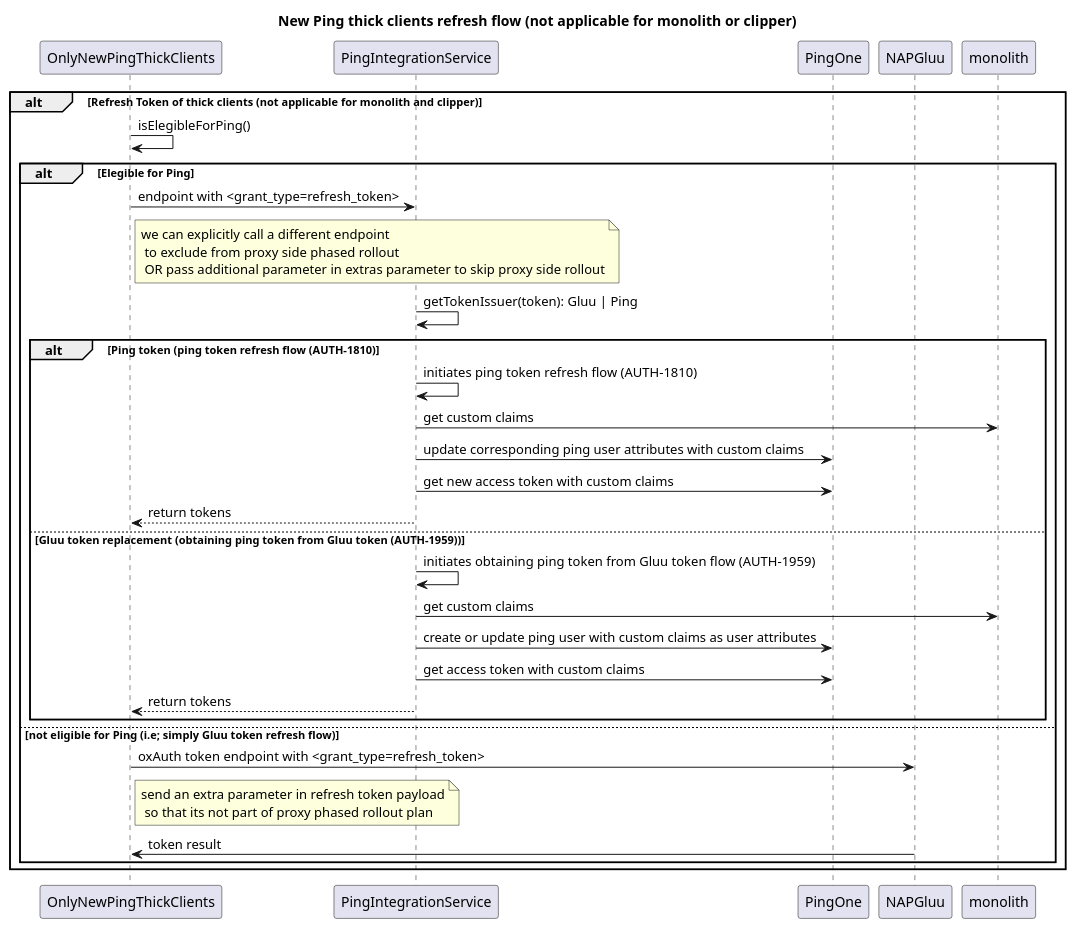
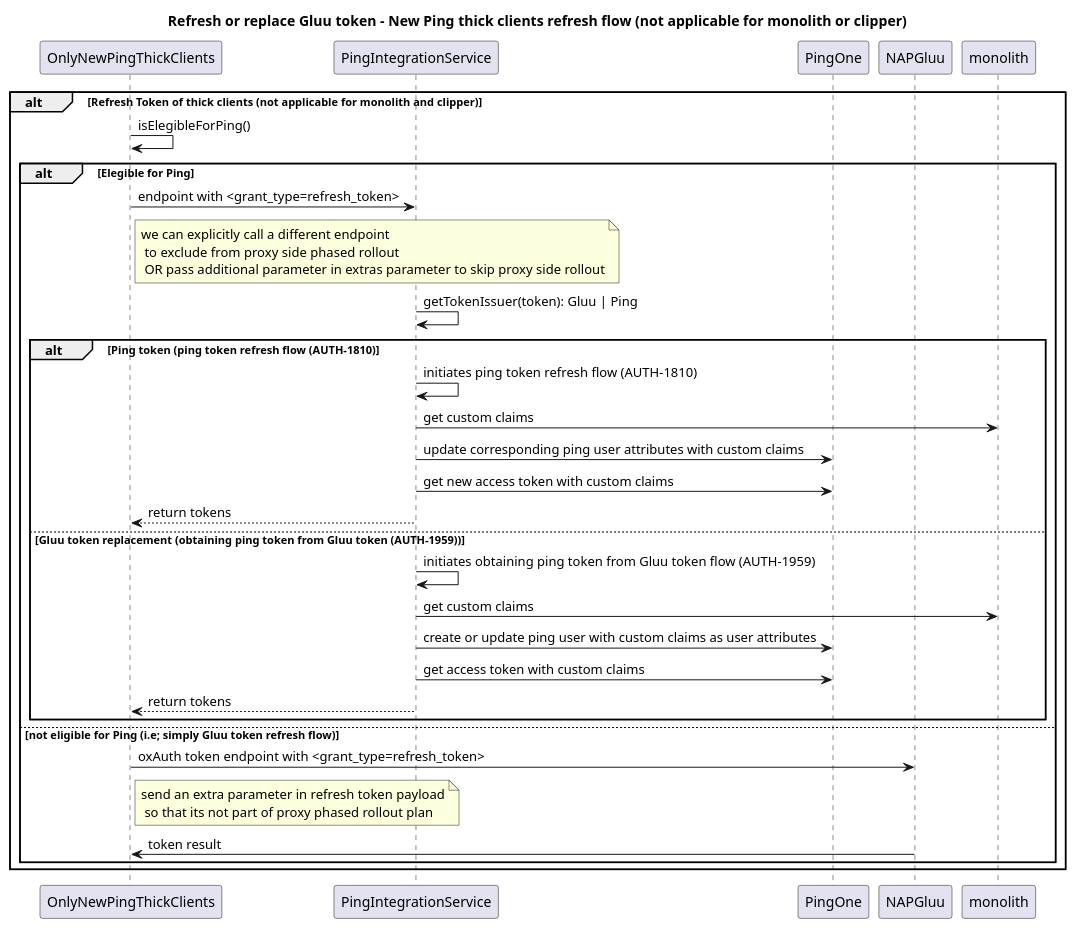
One commit to naganareshp/plant-uml-samples changed the diagram in PingNewThickClients_refreshflow.puml. Above: the diagram before and after it, drawn with PlantUML. The commit also changed 2 other files, not shown here.

```diff
--- a/PingNewThickClients_refreshflow.puml
+++ b/PingNewThickClients_refreshflow.puml
@@ -1,35 +1,35 @@
-@startuml New Ping thick clients refresh flow (not applicable for monolith or clipper)
+@startuml Refresh or replace Gluu token - New Ping thick clients refresh flow (not applicable for monolith or clipper)
 
-title New Ping thick clients refresh flow (not applicable for monolith or clipper)
+title Refresh or replace Gluu token - New Ping thick clients refresh flow (not applicable for monolith or clipper)
 participant OnlyNewPingThickClients as NewPingThickClients
 participant PingIntegrationService
 participant PingOne as Ping
 participant NAPGluu as Gluu
 
 alt Refresh Token of thick clients (not applicable for monolith and clipper)
     NewPingThickClients->NewPingThickClients: isElegibleForPing()
     alt Elegible for Ping
         NewPingThickClients->PingIntegrationService: endpoint with <grant_type=refresh_token>
         note right of NewPingThickClients: we can explicitly call a different endpoint\n to exclude from proxy side phased rollout\n OR pass additional parameter in extras parameter to skip proxy side rollout
         PingIntegrationService->PingIntegrationService: getTokenIssuer(token): Gluu | Ping
         alt Ping token (ping token refresh flow (AUTH-1810)
             PingIntegrationService->PingIntegrationService: initiates ping token refresh flow (AUTH-1810)
             PingIntegrationService->monolith: get custom claims
             PingIntegrationService->Ping: update corresponding ping user attributes with custom claims
             PingIntegrationService->Ping: get new access token with custom claims
             PingIntegrationService-->NewPingThickClients: return tokens
         else Gluu token replacement (obtaining ping token from Gluu token (AUTH-1959))
             PingIntegrationService->PingIntegrationService: initiates obtaining ping token from Gluu token flow (AUTH-1959)
             PingIntegrationService->monolith: get custom claims
             PingIntegrationService->Ping: create or update ping user with custom claims as user attributes
             PingIntegrationService->Ping: get access token with custom claims
             PingIntegrationService-->NewPingThickClients: return tokens
         end
     else not eligible for Ping (i.e; simply Gluu token refresh flow)
         NewPingThickClients->Gluu: oxAuth token endpoint with <grant_type=refresh_token>
         note right of NewPingThickClients: send an extra parameter in refresh token payload\n so that its not part of proxy phased rollout plan
         Gluu->NewPingThickClients: token result
     end
 end
 
 @enduml
```
